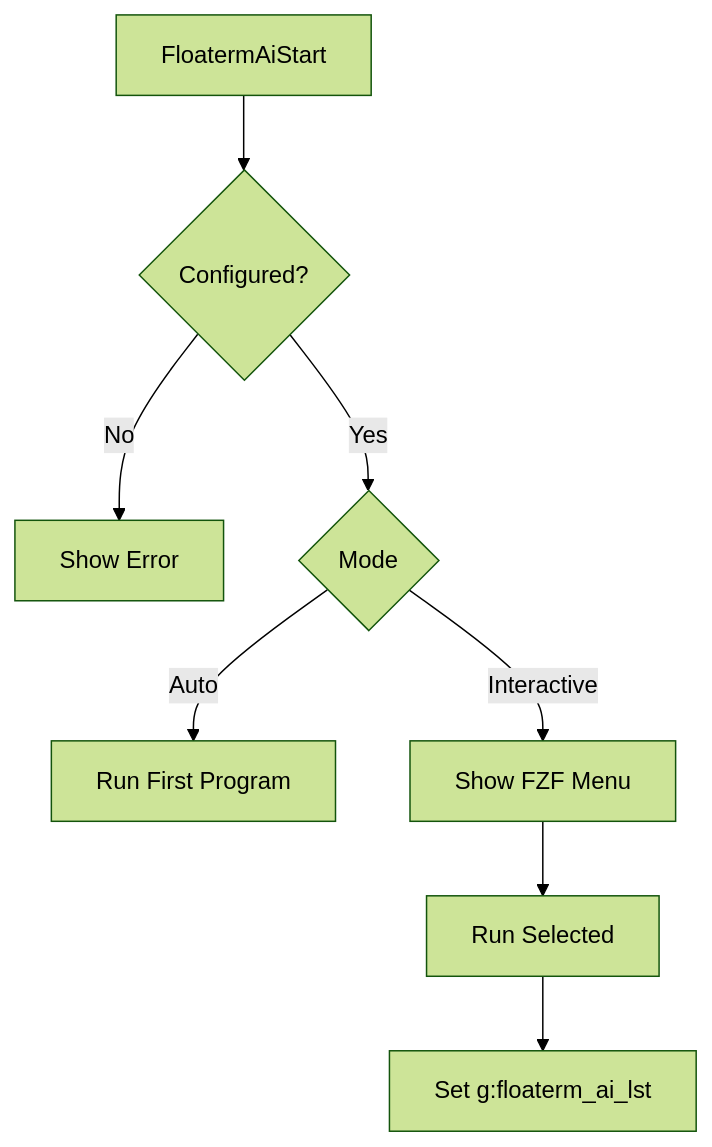
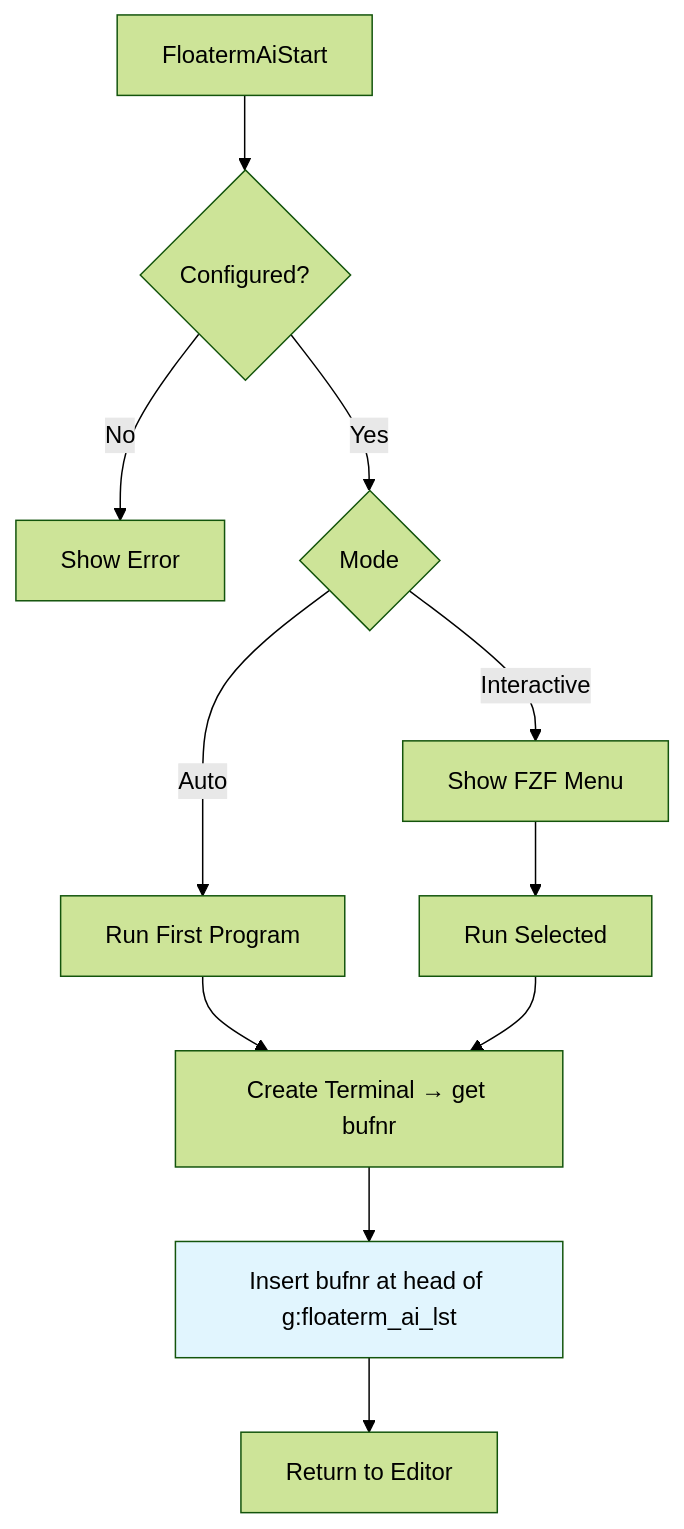
One commit to leoatchina/vim-floaterm-enhance changed the first of 5 diagrams in README.md. Above: the diagram before and after it, drawn with Mermaid (forest theme). The commit also changed other lines of this file and 1 other file, not shown here.

````diff
--- a/README.md
+++ b/README.md
@@ -90,10 +98,15 @@
 ```mermaid
 graph TB
     Start[FloatermAiStart] --> Check{Configured?}
     Check -->|No| Error[Show Error]
     Check -->|Yes| Select{Mode}
     Select -->|Auto| RunFirst[Run First Program]
     Select -->|Interactive| FZF[Show FZF Menu]
     FZF --> Run[Run Selected]
-    Run --> SetBuf[Set g:floaterm_ai_lst]
+    RunFirst --> NewTerm[Create Terminal → get bufnr]
+    Run --> NewTerm
+    NewTerm --> PushFront["Insert bufnr at head of g:floaterm_ai_lst"]
+    PushFront --> Return[Return to Editor]
+
+    style PushFront fill:#e1f5fe
 ```
````
